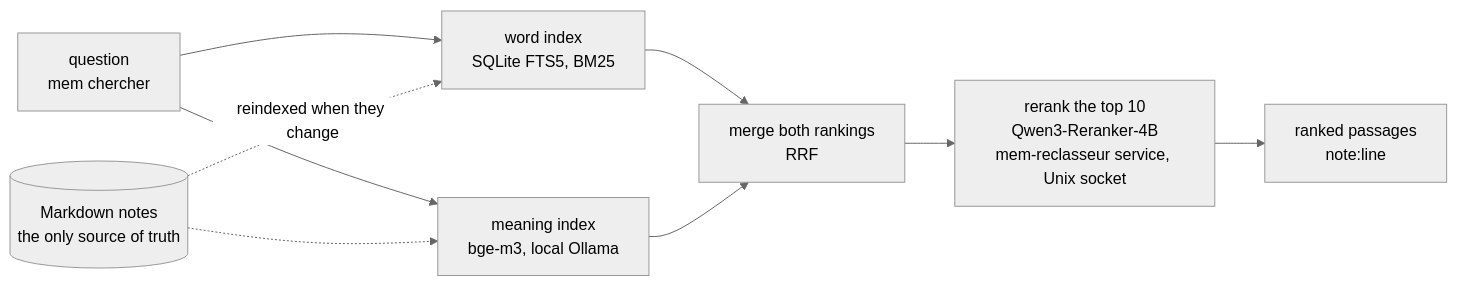
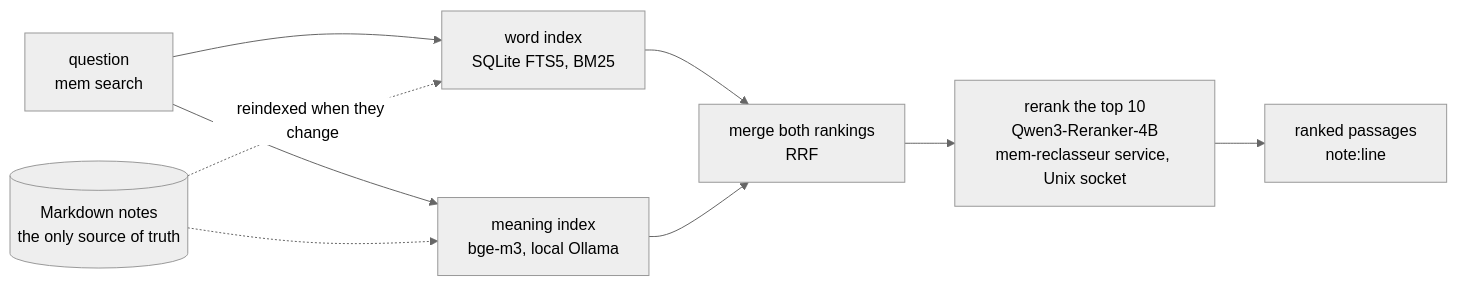
Before and after one commit to drly77/mem-agents: the first of 2 diagrams in README.md, drawn with Mermaid (neutral theme). The commit also changed other lines of this file and 2 other files, not shown here.

First line of the commit message:
Noms anglais pour chaque commande et option (search, show, add, status, stale…)

````diff
--- a/README.md
+++ b/README.md
@@ -96,11 +97,11 @@
 ```mermaid
 flowchart LR
-  Q["question<br/>mem chercher"] --> W["word index<br/>SQLite FTS5, BM25"]
+  Q["question<br/>mem search"] --> W["word index<br/>SQLite FTS5, BM25"]
   Q --> S["meaning index<br/>bge-m3, local Ollama"]
   W --> F["merge both rankings<br/>RRF"]
   S --> F
   F --> R["rerank the top 10<br/>Qwen3-Reranker-4B<br/>mem-reclasseur service, Unix socket"]
   R --> A["ranked passages<br/>note:line"]
   N[("Markdown notes<br/>the only source of truth")] -. "reindexed when they change" .-> W
   N -.-> S
 ```
````
